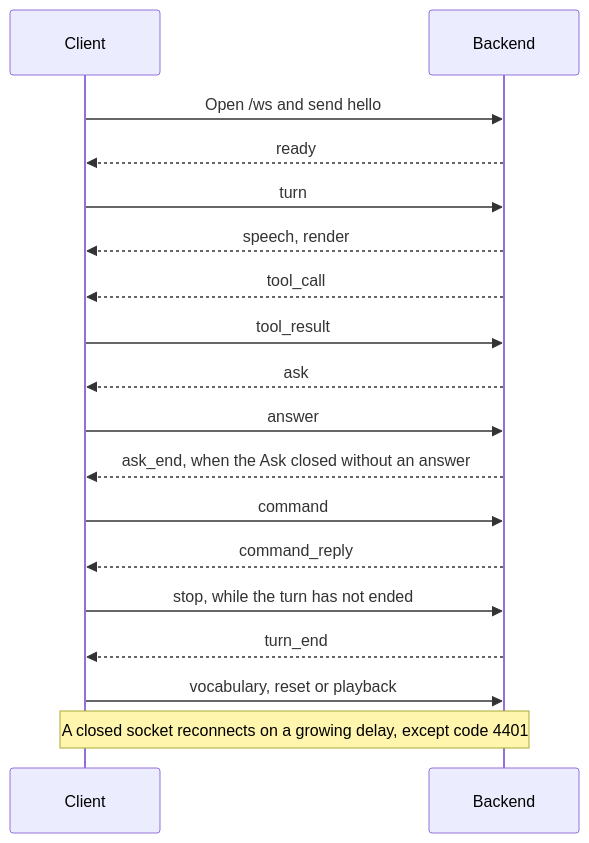
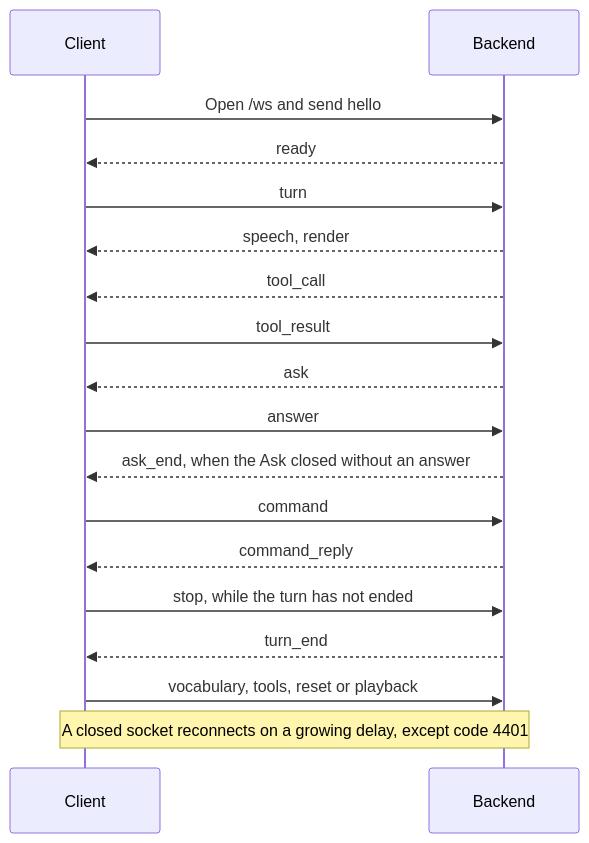
The diagram in docs/reference/push-transport.md (yw0nam/YUI), drawn with Mermaid before and after one commit. The commit also changed other lines of this file and 30 other files, not shown here.

````diff
--- a/docs/reference/push-transport.md
+++ b/docs/reference/push-transport.md
@@ -7,20 +7,20 @@
 ```mermaid
 sequenceDiagram
   participant C as Client
   participant B as Backend
   C->>B: Open /ws and send hello
   B-->>C: ready
   C->>B: turn
   B-->>C: speech, render
   B-->>C: tool_call
   C->>B: tool_result
   B-->>C: ask
   C->>B: answer
   B-->>C: ask_end, when the Ask closed without an answer
   C->>B: command
   B-->>C: command_reply
   C->>B: stop, while the turn has not ended
   B-->>C: turn_end
-  C->>B: vocabulary, reset or playback
+  C->>B: vocabulary, tools, reset or playback
   Note over C,B: A closed socket reconnects on a growing delay, except code 4401
 ```
````
